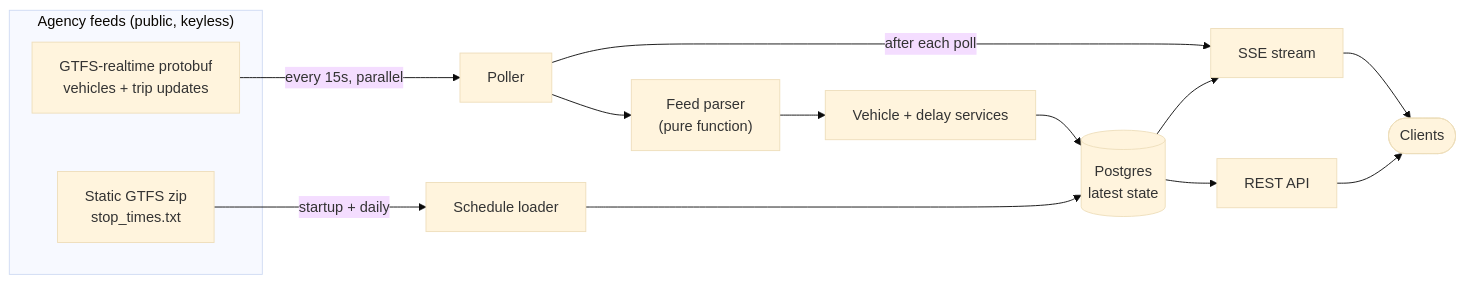
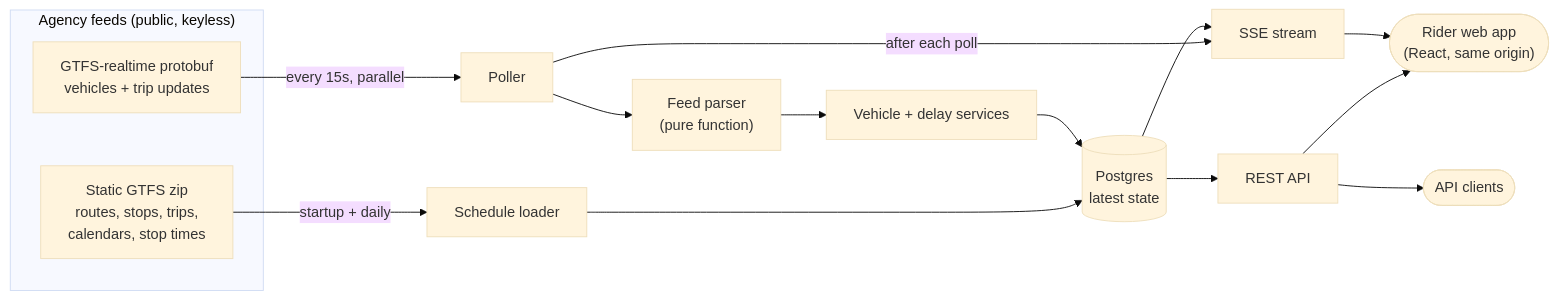
The first of 2 diagrams in README.md (ebenezer-morkeh/transit-tracker), drawn with Mermaid (base theme) before and after one commit. The commit also changed other lines of this file and 32 other files, not shown here.

First line of the commit message:
Rider web app

````diff
--- a/README.md
+++ b/README.md
@@ -28,18 +33,19 @@
 ```mermaid
 flowchart LR
     subgraph feeds["Agency feeds (public, keyless)"]
         RT["GTFS-realtime protobuf<br/>vehicles + trip updates"]
-        ST["Static GTFS zip<br/>stop_times.txt"]
+        ST["Static GTFS zip<br/>routes, stops, trips,<br/>calendars, stop times"]
     end
     RT -->|every 15s, parallel| Poller
     ST -->|startup + daily| Loader["Schedule loader"]
     Poller --> Parser["Feed parser<br/>(pure function)"]
     Parser --> Services["Vehicle + delay services"]
     Loader --> PG
     Services --> PG[("Postgres<br/>latest state")]
     PG --> REST["REST API"]
     Poller -->|after each poll| SSE["SSE stream"]
     PG --> SSE
-    REST --> Client(["Clients"])
-    SSE --> Client
+    REST --> Web(["Rider web app<br/>(React, same origin)"])
+    SSE --> Web
+    REST --> Client(["API clients"])
 ```
````
